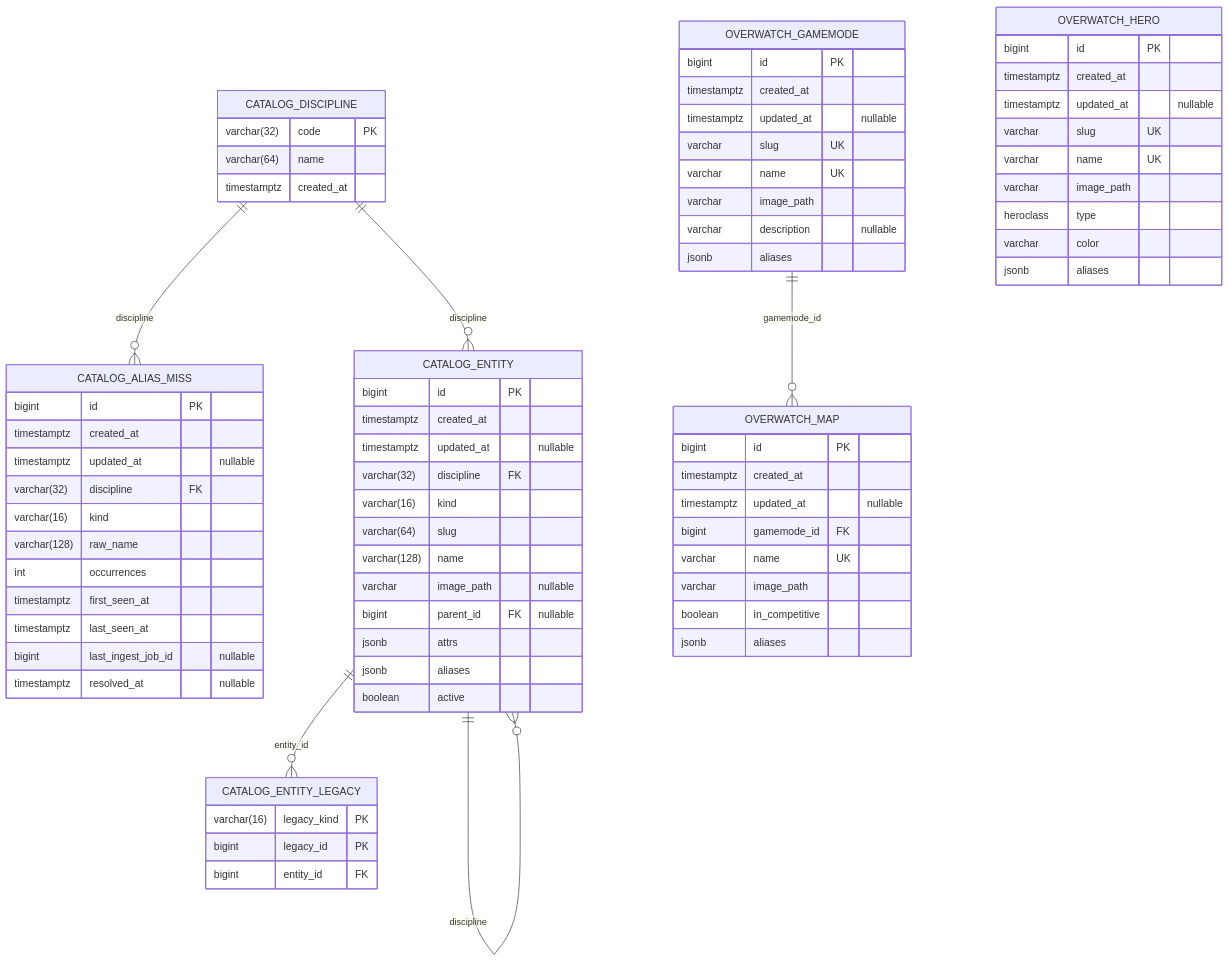
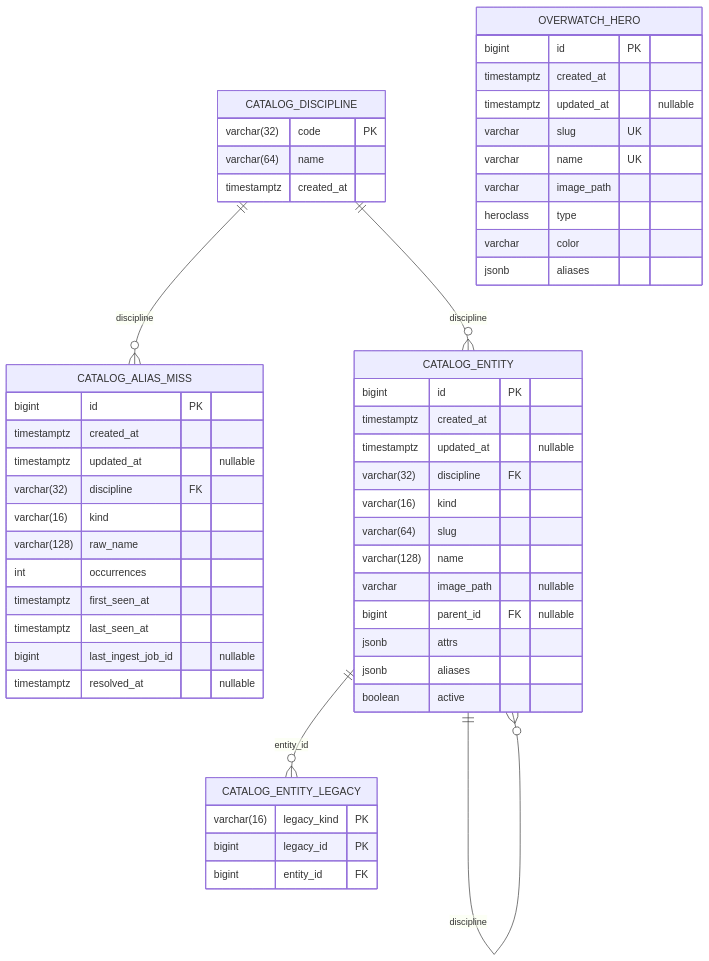
The fifth of 20 diagrams in docs/database_erd.md (CraazzzyyFoxx/anak-tournaments), drawn with Mermaid before and after one commit. The commit also changed other lines of this file and 68 other files, not shown here.

````diff
--- a/docs/database_erd.md
+++ b/docs/database_erd.md
@@ -572,78 +572,57 @@
 ```mermaid
 erDiagram
     CATALOG_ALIAS_MISS {
         bigint id PK
         timestamptz created_at
         timestamptz updated_at "nullable"
         varchar(32) discipline FK
         varchar(16) kind
         varchar(128) raw_name
         int occurrences
         timestamptz first_seen_at
         timestamptz last_seen_at
         bigint last_ingest_job_id "nullable"
         timestamptz resolved_at "nullable"
     }
     CATALOG_DISCIPLINE {
         varchar(32) code PK
         varchar(64) name
         timestamptz created_at
     }
     CATALOG_ENTITY {
         bigint id PK
         timestamptz created_at
         timestamptz updated_at "nullable"
         varchar(32) discipline FK
         varchar(16) kind
         varchar(64) slug
         varchar(128) name
         varchar image_path "nullable"
         bigint parent_id FK "nullable"
         jsonb attrs
         jsonb aliases
         boolean active
     }
     CATALOG_ENTITY_LEGACY {
         varchar(16) legacy_kind PK
         bigint legacy_id PK
         bigint entity_id FK
     }
-    OVERWATCH_GAMEMODE {
-        bigint id PK
-        timestamptz created_at
-        timestamptz updated_at "nullable"
-        varchar slug UK
-        varchar name UK
-        varchar image_path
-        varchar description "nullable"
-        jsonb aliases
-    }
     OVERWATCH_HERO {
         bigint id PK
         timestamptz created_at
         timestamptz updated_at "nullable"
         varchar slug UK
         varchar name UK
         varchar image_path
         heroclass type
         varchar color
         jsonb aliases
     }
-    OVERWATCH_MAP {
-        bigint id PK
-        timestamptz created_at
-        timestamptz updated_at "nullable"
-        bigint gamemode_id FK
-        varchar name UK
-        varchar image_path
-        boolean in_competitive
-        jsonb aliases
-    }
 
     CATALOG_DISCIPLINE ||--o{ CATALOG_ALIAS_MISS : "discipline"
     CATALOG_DISCIPLINE ||--o{ CATALOG_ENTITY : "discipline"
     CATALOG_ENTITY |o--o{ CATALOG_ENTITY : "parent_id"
     CATALOG_ENTITY ||--o{ CATALOG_ENTITY : "discipline"
     CATALOG_ENTITY ||--o{ CATALOG_ENTITY_LEGACY : "entity_id"
-    OVERWATCH_GAMEMODE ||--o{ OVERWATCH_MAP : "gamemode_id"
 ```
````
